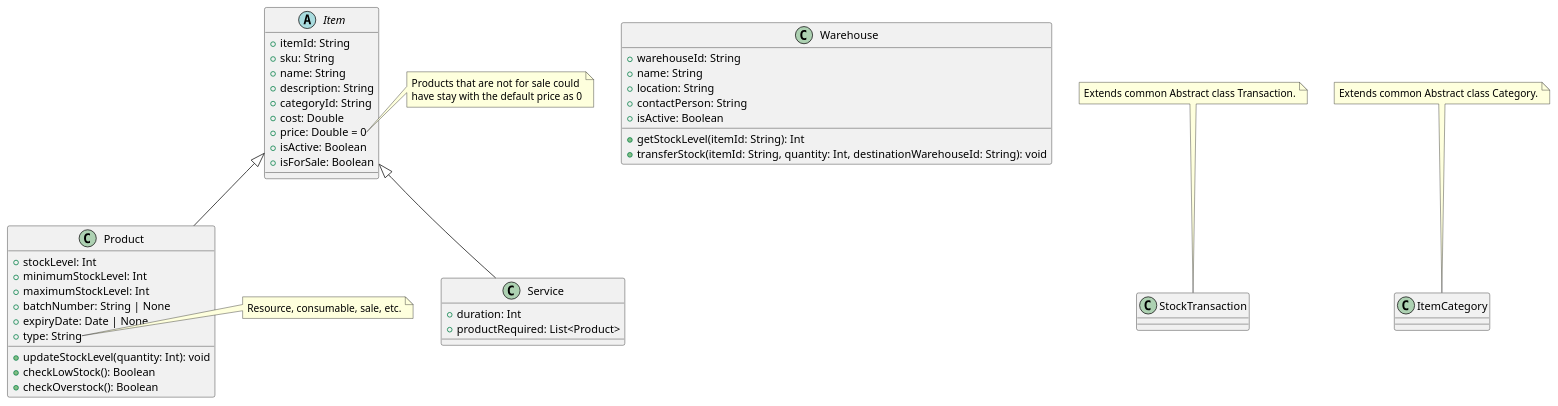
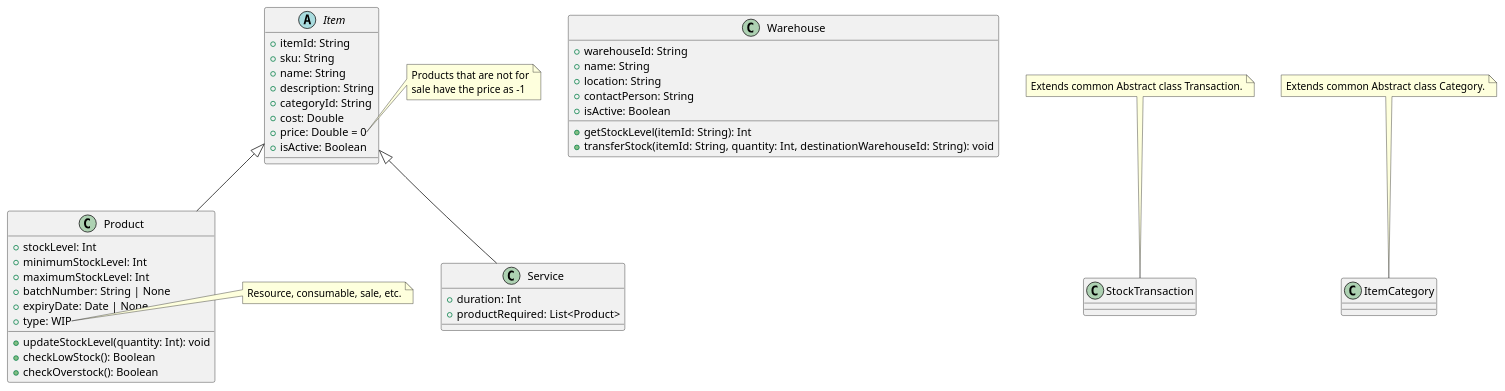
The diagram in Diagrams/2 - Classes/Inventory and Service Management/Inventory.puml (ines-erp/knowledgebase), drawn with PlantUML before and after one commit. The commit also changed 1 other file, not shown here.

Commit message:
Updating product diagram

```diff
--- a/Diagrams/2 - Classes/Inventory and Service Management/Inventory.puml
+++ b/Diagrams/2 - Classes/Inventory and Service Management/Inventory.puml
@@ -1,60 +1,59 @@
 @startuml
 
 ' Define classes
 abstract class Item {
   + itemId: String
   + sku: String
   + name: String
   + description: String
   + categoryId: String
   + cost: Double
   + price: Double = 0
   + isActive: Boolean
-  + isForSale: Boolean
 }
 
 note right of Item::price
-    Products that are not for sale could
-    have stay with the default price as 0
+    Products that are not for
+    sale have the price as -1
 end note
 
 class Product extends Item{
   + stockLevel: Int
   + minimumStockLevel: Int
   + maximumStockLevel: Int
   + batchNumber: String | None
   + expiryDate: Date | None
-  + type: String
+  + type: WIP
   + updateStockLevel(quantity: Int): void
   + checkLowStock(): Boolean
   + checkOverstock(): Boolean
 }
 
 note right of Product::type
     Resource, consumable, sale, etc.
 end note
 
 
 class Service extends Item{
   + duration: Int
   + productRequired: List<Product>
 }
 
 class Warehouse {
   + warehouseId: String
   + name: String
   + location: String
   + contactPerson: String
   + isActive: Boolean
   + getStockLevel(itemId: String): Int
   + transferStock(itemId: String, quantity: Int, destinationWarehouseId: String): void
 }
 
 class StockTransaction{}
 note top of StockTransaction : Extends common Abstract class Transaction.
 
 class ItemCategory{}
 note top of ItemCategory: Extends common Abstract class Category.
 
 
 @enduml
```
